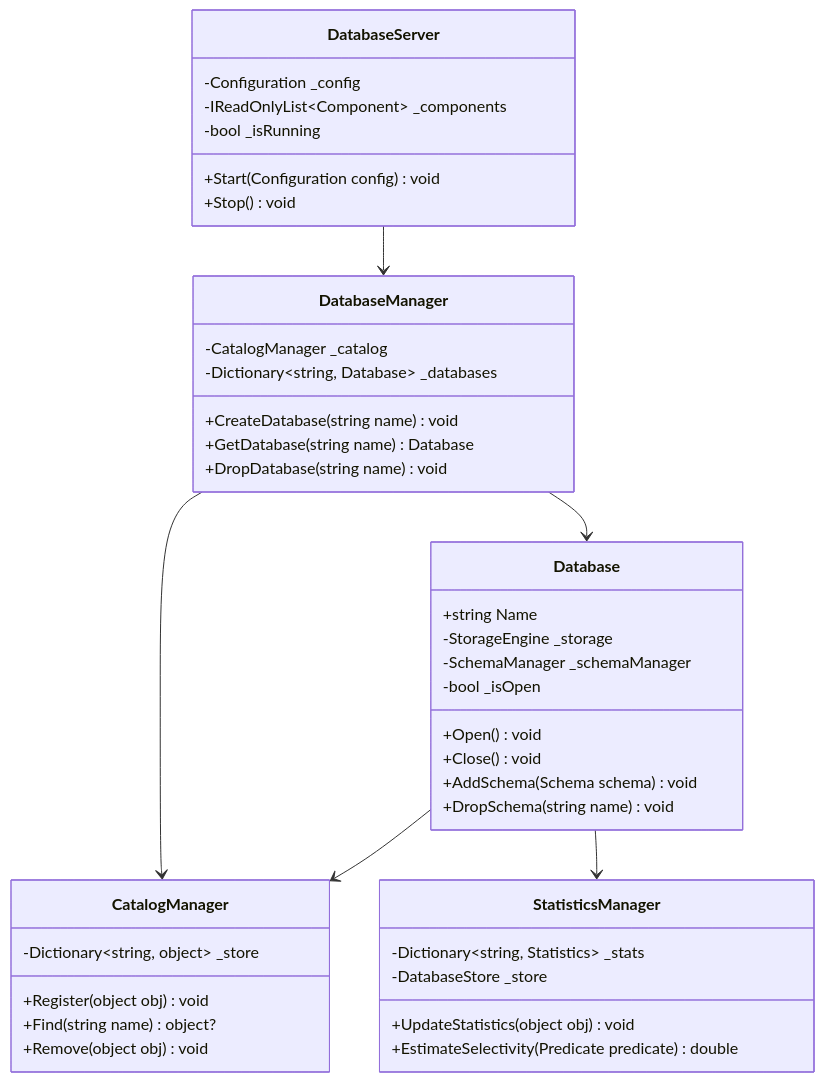
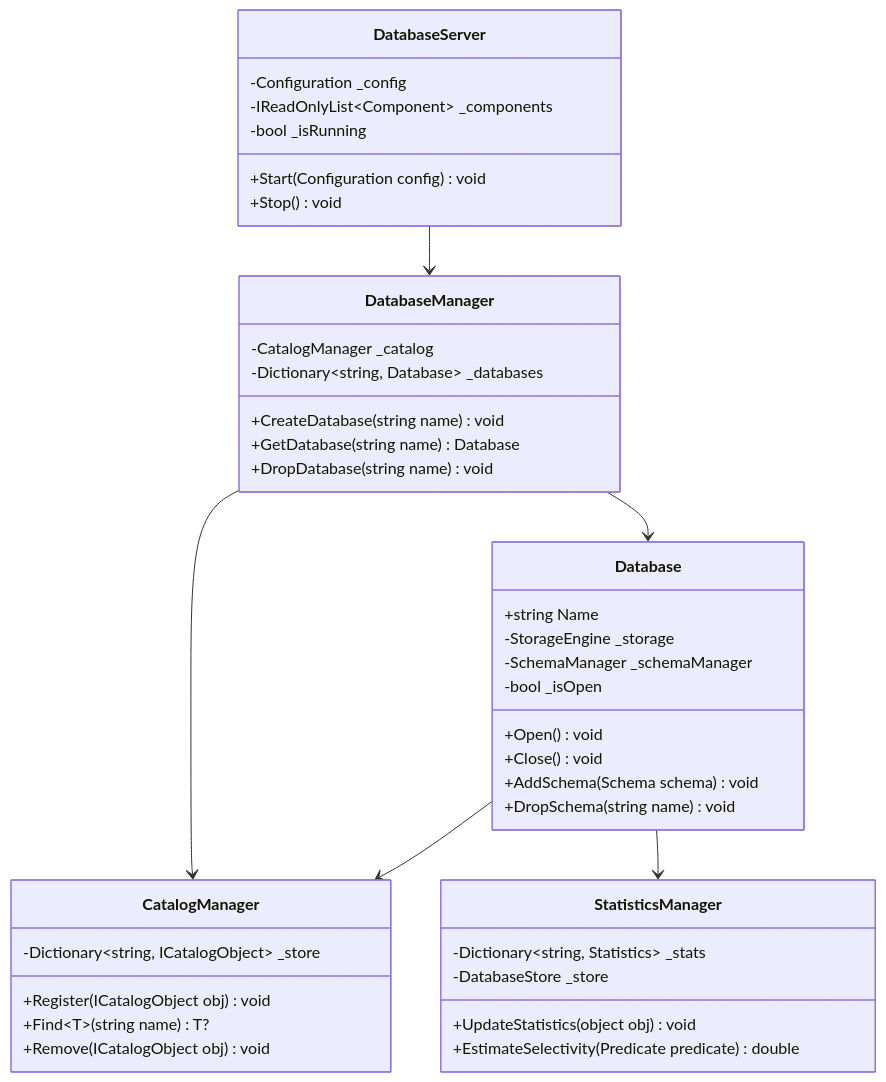
The first of 29 diagrams in docs/sequence-diagrams/database-management/README.md (manaxpow/DBMS), drawn with Mermaid before and after one commit. The commit also changed 19 other files, not shown here.

````diff
--- a/docs/sequence-diagrams/database-management/README.md
+++ b/docs/sequence-diagrams/database-management/README.md
@@ -5,51 +5,51 @@
 ```mermaid
 classDiagram
     direction TB
 
     class DatabaseServer {
         -Configuration _config
         -IReadOnlyList~Component~ _components
         -bool _isRunning
         +Start(Configuration config) void
         +Stop() void
     }
 
     class DatabaseManager {
         -CatalogManager _catalog
         -Dictionary~string, Database~ _databases
         +CreateDatabase(string name) void
         +GetDatabase(string name) Database
         +DropDatabase(string name) void
     }
 
     class Database {
         +string Name
         -StorageEngine _storage
         -SchemaManager _schemaManager
         -bool _isOpen
         +Open() void
         +Close() void
         +AddSchema(Schema schema) void
         +DropSchema(string name) void
     }
 
     class CatalogManager {
-        -Dictionary~string, object~ _store
-        +Register(object obj) void
-        +Find(string name) object?
-        +Remove(object obj) void
+        -Dictionary~string, ICatalogObject~ _store
+        +Register(ICatalogObject obj) void
+        +Find~T~(string name) T?
+        +Remove(ICatalogObject obj) void
     }
 
     class StatisticsManager {
         -Dictionary~string, Statistics~ _stats
         -DatabaseStore _store
         +UpdateStatistics(object obj) void
         +EstimateSelectivity(Predicate predicate) double
     }
 
     DatabaseServer --> DatabaseManager
     DatabaseManager --> Database
     DatabaseManager --> CatalogManager
     Database --> CatalogManager
     Database --> StatisticsManager
 ```
````
